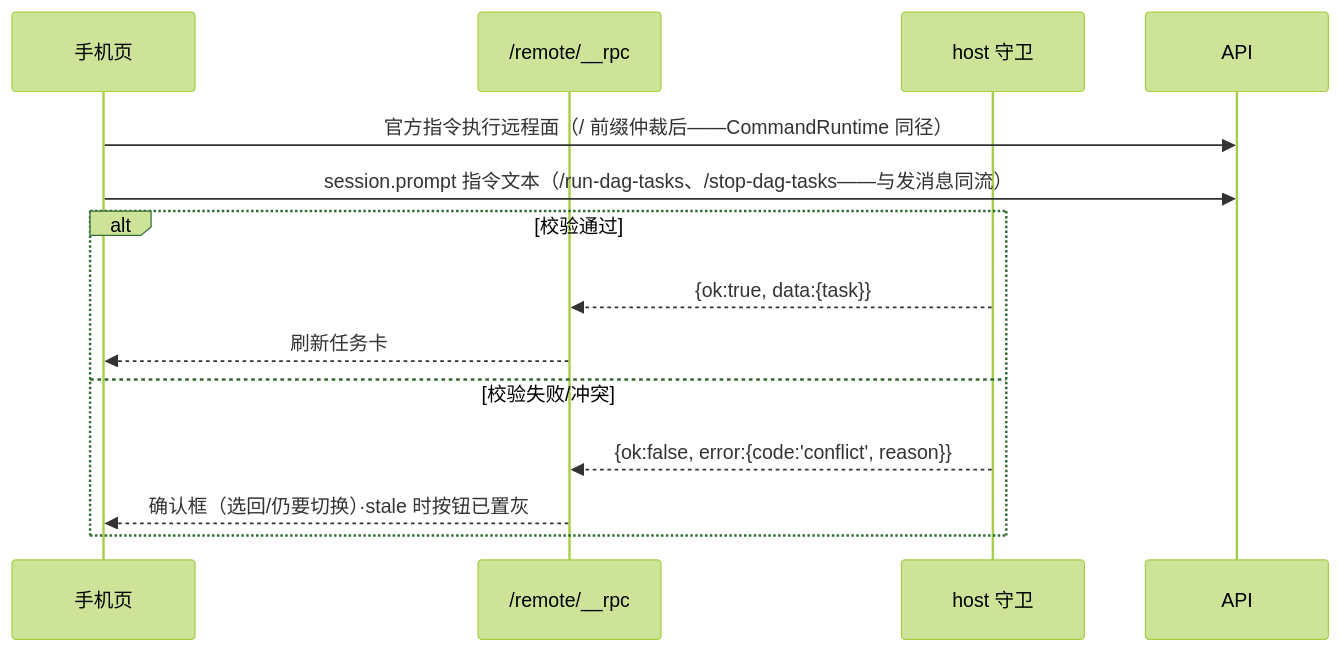
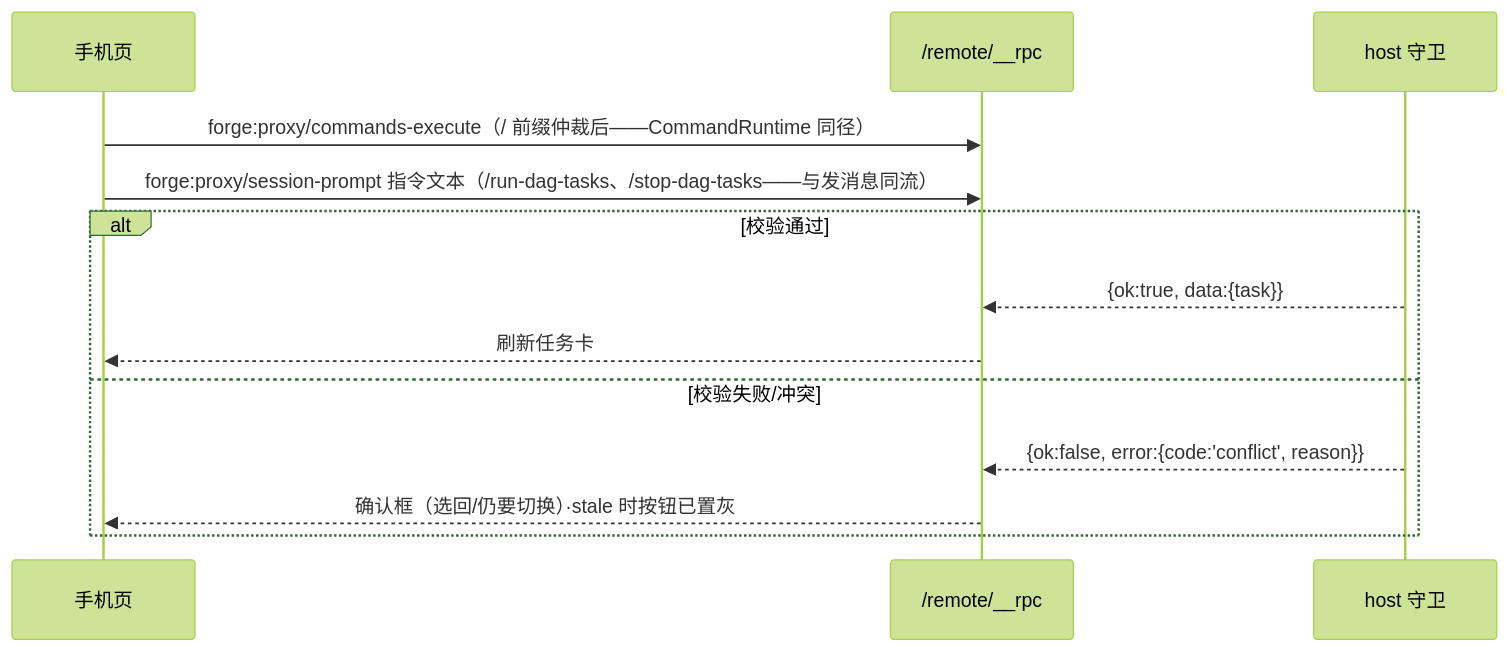
The seventh of 7 diagrams in .forge/docs/features/mobile-ui/design/tech-design.md (bigfaner/dsh-forge), drawn with Mermaid (forest theme) before and after one commit. The commit also changed other lines of this file and 8 other files, not shown here.

Commit message:
docs(mobile-ui): read-state 撤销段回写 + transport 残留改 R12 口径（forge:proxy + forge-stream）

````diff
--- a/.forge/docs/features/mobile-ui/design/tech-design.md
+++ b/.forge/docs/features/mobile-ui/design/tech-design.md
@@ -296,15 +237,15 @@
 ```mermaid
 sequenceDiagram
     participant P as 手机页
     participant RPC as /remote/__rpc
     participant H as host 守卫
-    P->>API: 官方指令执行远程面（/ 前缀仲裁后——CommandRuntime 同径）
-    P->>API: session.prompt 指令文本（/run-dag-tasks、/stop-dag-tasks——与发消息同流）
+    P->>RPC: forge:proxy/commands-execute（/ 前缀仲裁后——CommandRuntime 同径）
+    P->>RPC: forge:proxy/session-prompt 指令文本（/run-dag-tasks、/stop-dag-tasks——与发消息同流）
     alt 校验通过
         H-->>RPC: {ok:true, data:{task}}
         RPC-->>P: 刷新任务卡
     else 校验失败/冲突
         H-->>RPC: {ok:false, error:{code:'conflict', reason}}
         RPC-->>P: 确认框（选回/仍要切换）·stale 时按钮已置灰
     end
 ```
````
